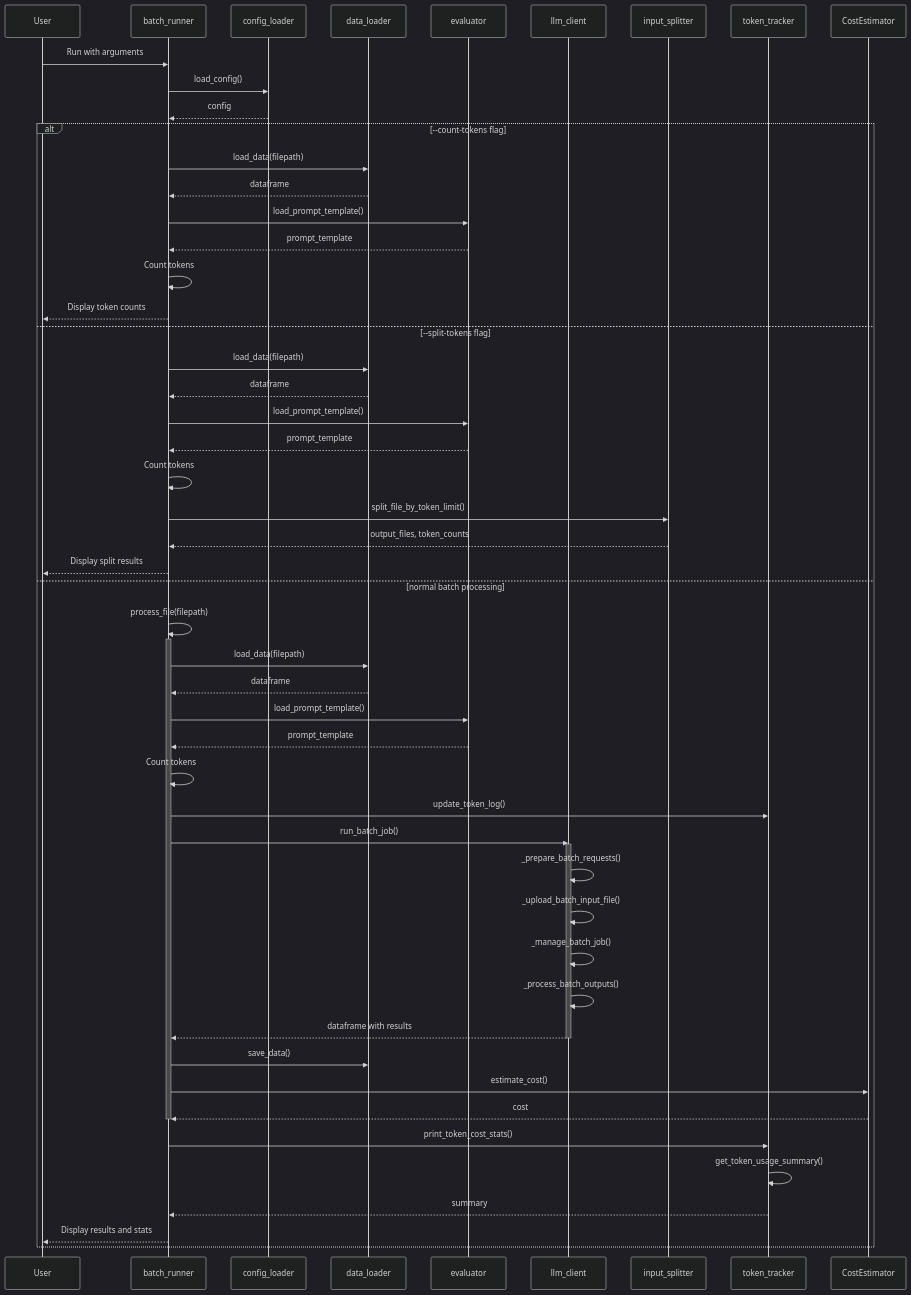
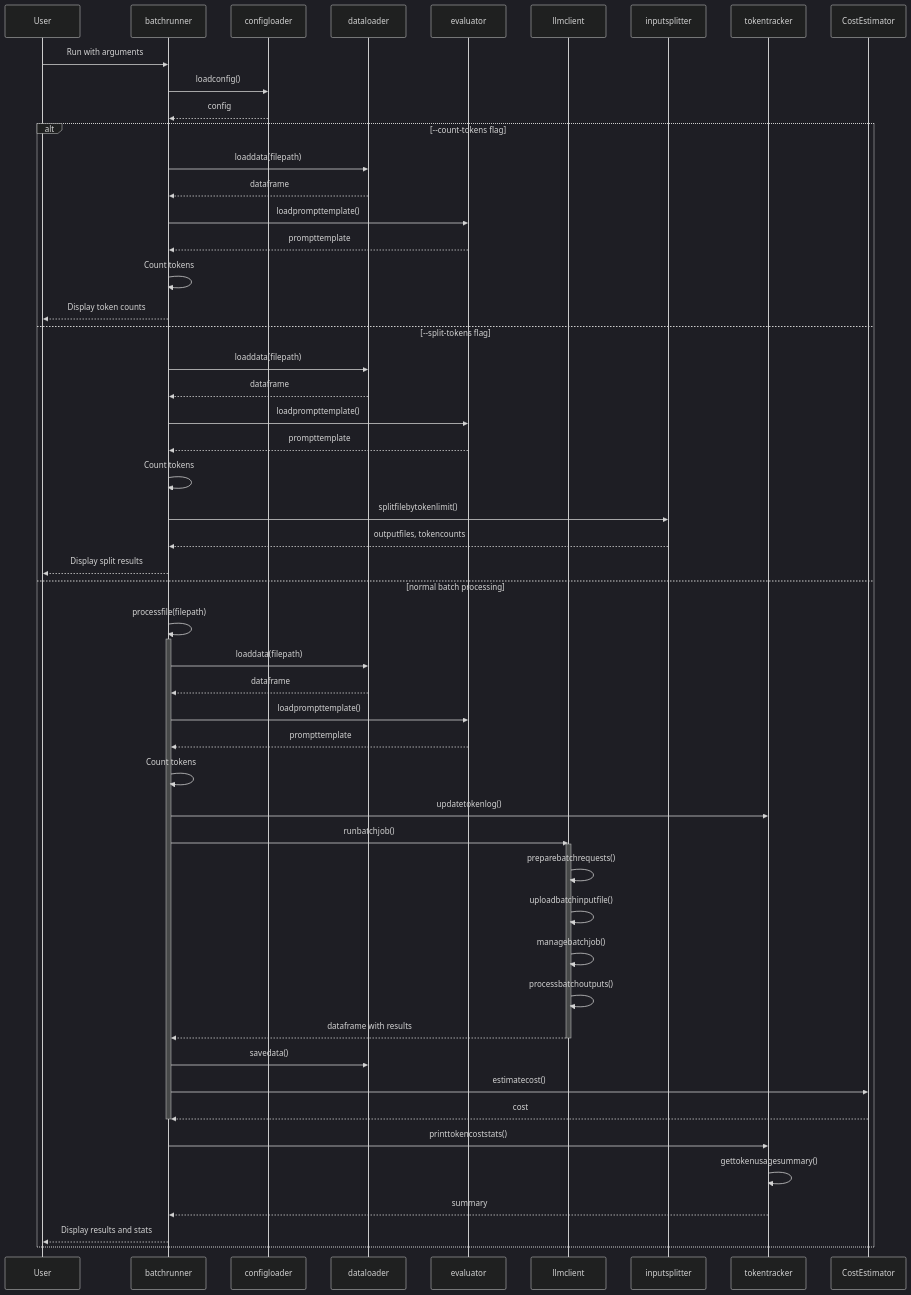
The second of 3 diagrams in docs/application_flow.md (afunyun/BatchGrader), drawn with Mermaid before and after one commit. The commit also changed other lines of this file, not shown here.

````diff
--- a/docs/application_flow.md
+++ b/docs/application_flow.md
@@ -95,60 +112,60 @@
 ```mermaid
 %%{init: { 'theme': 'dark' } }%%
 sequenceDiagram
-    participant User
-    participant batch_runner
-    participant config_loader
-    participant data_loader
-    participant evaluator
-    participant llm_client
-    participant input_splitter
-    participant token_tracker
-    participant CostEstimator
-    
-    User->>batch_runner: Run with arguments
-    batch_runner->>config_loader: load_config()
-    config_loader-->>batch_runner: config
-    
-    alt --count-tokens flag
-        batch_runner->>data_loader: load_data(filepath)
-        data_loader-->>batch_runner: dataframe
-        batch_runner->>evaluator: load_prompt_template()
-        evaluator-->>batch_runner: prompt_template
-        batch_runner->>batch_runner: Count tokens
-        batch_runner-->>User: Display token counts
-    else --split-tokens flag
-        batch_runner->>data_loader: load_data(filepath)
-        data_loader-->>batch_runner: dataframe
-        batch_runner->>evaluator: load_prompt_template()
-        evaluator-->>batch_runner: prompt_template
-        batch_runner->>batch_runner: Count tokens
-        batch_runner->>input_splitter: split_file_by_token_limit()
-        input_splitter-->>batch_runner: output_files, token_counts
-        batch_runner-->>User: Display split results
-    else normal batch processing
-        batch_runner->>batch_runner: process_file(filepath)
-        activate batch_runner
-        batch_runner->>data_loader: load_data(filepath)
-        data_loader-->>batch_runner: dataframe
-        batch_runner->>evaluator: load_prompt_template()
-        evaluator-->>batch_runner: prompt_template
-        batch_runner->>batch_runner: Count tokens
-        batch_runner->>token_tracker: update_token_log()
-        batch_runner->>llm_client: run_batch_job()
-        activate llm_client
-        llm_client->>llm_client: _prepare_batch_requests()
-        llm_client->>llm_client: _upload_batch_input_file()
-        llm_client->>llm_client: _manage_batch_job()
-        llm_client->>llm_client: _process_batch_outputs()
-        llm_client-->>batch_runner: dataframe with results
-        deactivate llm_client
-        batch_runner->>data_loader: save_data()
-        batch_runner->>CostEstimator: estimate_cost()
-        CostEstimator-->>batch_runner: cost
-        deactivate batch_runner
-        batch_runner->>token_tracker: print_token_cost_stats()
-        token_tracker->>token_tracker: get_token_usage_summary()
-        token_tracker-->>batch_runner: summary
-        batch_runner-->>User: Display results and stats
-    end
+    participant User
+    participant batchrunner
+    participant configloader
+    participant dataloader
+    participant evaluator
+    participant llmclient
+    participant inputsplitter
+    participant tokentracker
+    participant CostEstimator
+
+    User->>batchrunner: Run with arguments
+    batchrunner->>configloader: loadconfig()
+    configloader-->>batchrunner: config
+
+    alt --count-tokens flag
+        batchrunner->>dataloader: loaddata(filepath)
+        dataloader-->>batchrunner: dataframe
+        batchrunner->>evaluator: loadprompttemplate()
+        evaluator-->>batchrunner: prompttemplate
+        batchrunner->>batchrunner: Count tokens
+        batchrunner-->>User: Display token counts
+    else --split-tokens flag
+        batchrunner->>dataloader: loaddata(filepath)
+        dataloader-->>batchrunner: dataframe
+        batchrunner->>evaluator: loadprompttemplate()
+        evaluator-->>batchrunner: prompttemplate
+        batchrunner->>batchrunner: Count tokens
+        batchrunner->>inputsplitter: splitfilebytokenlimit()
+        inputsplitter-->>batchrunner: outputfiles, tokencounts
+        batchrunner-->>User: Display split results
+    else normal batch processing
+        batchrunner->>batchrunner: processfile(filepath)
+        activate batchrunner
+        batchrunner->>dataloader: loaddata(filepath)
+        dataloader-->>batchrunner: dataframe
+        batchrunner->>evaluator: loadprompttemplate()
+        evaluator-->>batchrunner: prompttemplate
+        batchrunner->>batchrunner: Count tokens
+        batchrunner->>tokentracker: updatetokenlog()
+        batchrunner->>llmclient: runbatchjob()
+        activate llmclient
+        llmclient->>llmclient: preparebatchrequests()
+        llmclient->>llmclient: uploadbatchinputfile()
+        llmclient->>llmclient: managebatchjob()
+        llmclient->>llmclient: processbatchoutputs()
+        llmclient-->>batchrunner: dataframe with results
+        deactivate llmclient
+        batchrunner->>dataloader: savedata()
+        batchrunner->>CostEstimator: estimatecost()
+        CostEstimator-->>batchrunner: cost
+        deactivate batchrunner
+        batchrunner->>tokentracker: printtokencoststats()
+        tokentracker->>tokentracker: gettokenusagesummary()
+        tokentracker-->>batchrunner: summary
+        batchrunner-->>User: Display results and stats
+    end
 ```
````
